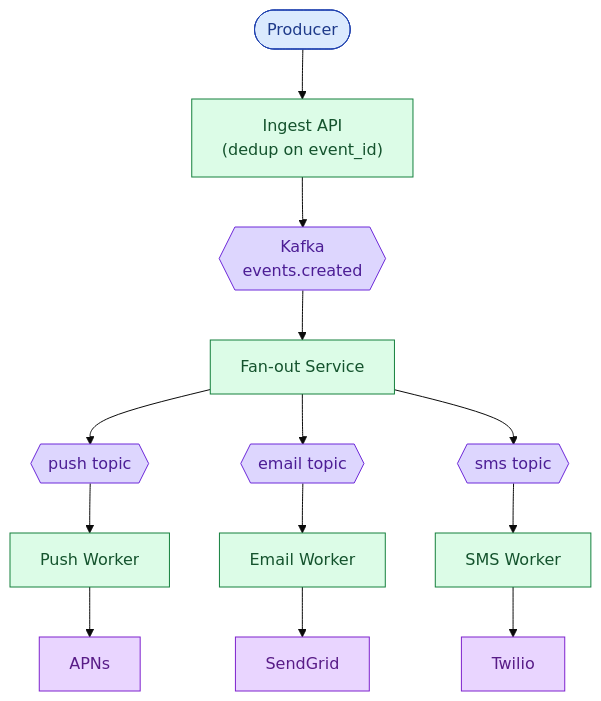
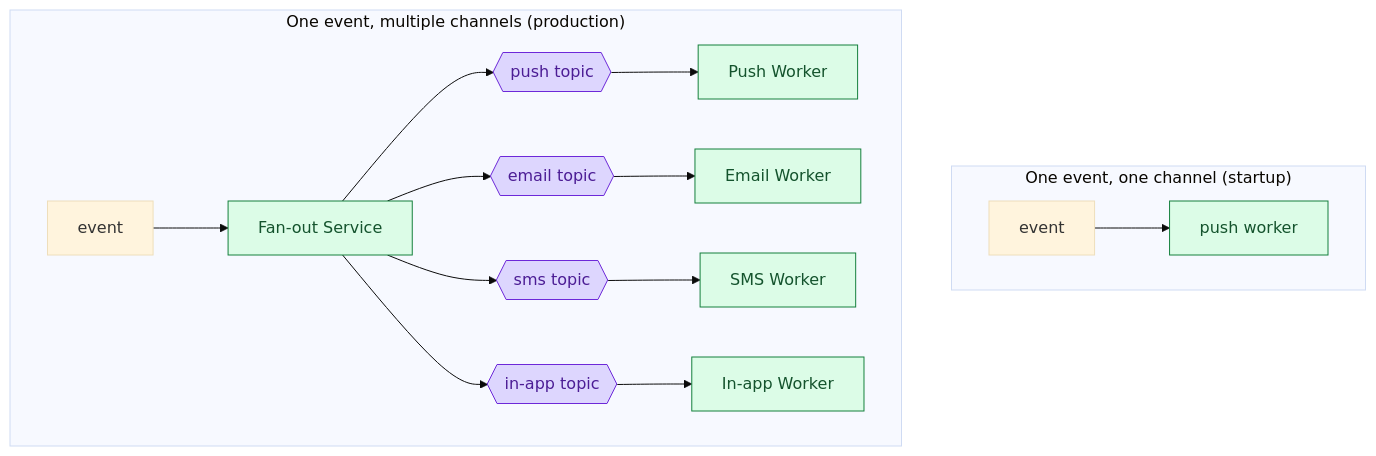
Before and after one commit to shiningflash/system-design: the third of 10 diagrams in problems/010-notification-system/question.md, drawn with Mermaid (base theme). The commit also changed other lines of this file and 37 other files, not shown here.

````diff
--- a/problems/010-notification-system/question.md
+++ b/problems/010-notification-system/question.md
@@ -268,20 +150,20 @@
 ```mermaid
 flowchart TB
-    P([Producer]):::user --> I["Ingest API<br/>(dedup on event_id)"]:::app
-    I --> K{{"Kafka<br/>events.created"}}:::queue
-    K --> F["Fan-out Service"]:::app
-    F --> KP{{"push topic"}}:::queue
-    F --> KE{{"email topic"}}:::queue
-    F --> KS{{"sms topic"}}:::queue
-    KP --> PW["Push Worker"]:::app
-    KE --> EW["Email Worker"]:::app
-    KS --> SW["SMS Worker"]:::app
-    PW --> APNs:::ext
-    EW --> SG[SendGrid]:::ext
-    SW --> Tw[Twilio]:::ext
+    subgraph Before["One event, one channel (startup)"]
+        E1[event] --> Push1["push worker"]:::app
+    end
+    subgraph After["One event, multiple channels (production)"]
+        E2[event] --> F["Fan-out Service"]:::app
+        F --> KP{{"push topic"}}:::queue
+        F --> KE{{"email topic"}}:::queue
+        F --> KS{{"sms topic"}}:::queue
+        F --> KI{{"in-app topic"}}:::queue
+        KP --> PW["Push Worker"]:::app
+        KE --> EW["Email Worker"]:::app
+        KS --> SW["SMS Worker"]:::app
+        KI --> IW["In-app Worker"]:::app
+    end
 
-    classDef user fill:#dbeafe,stroke:#1e40af,color:#1e3a8a
     classDef app fill:#dcfce7,stroke:#15803d,color:#14532d
     classDef queue fill:#ddd6fe,stroke:#6d28d9,color:#4c1d95
-    classDef ext fill:#e9d5ff,stroke:#7e22ce,color:#581c87
 ```
````
